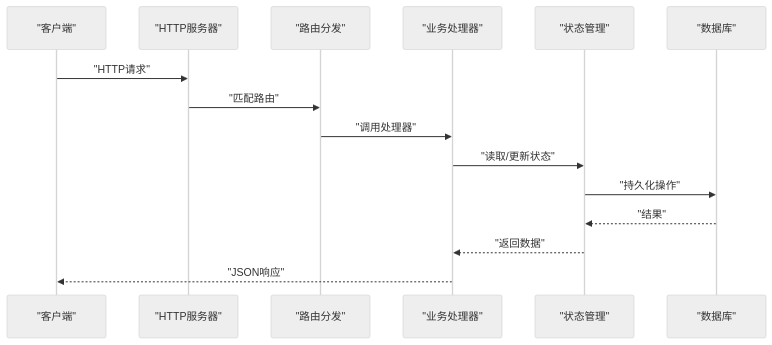
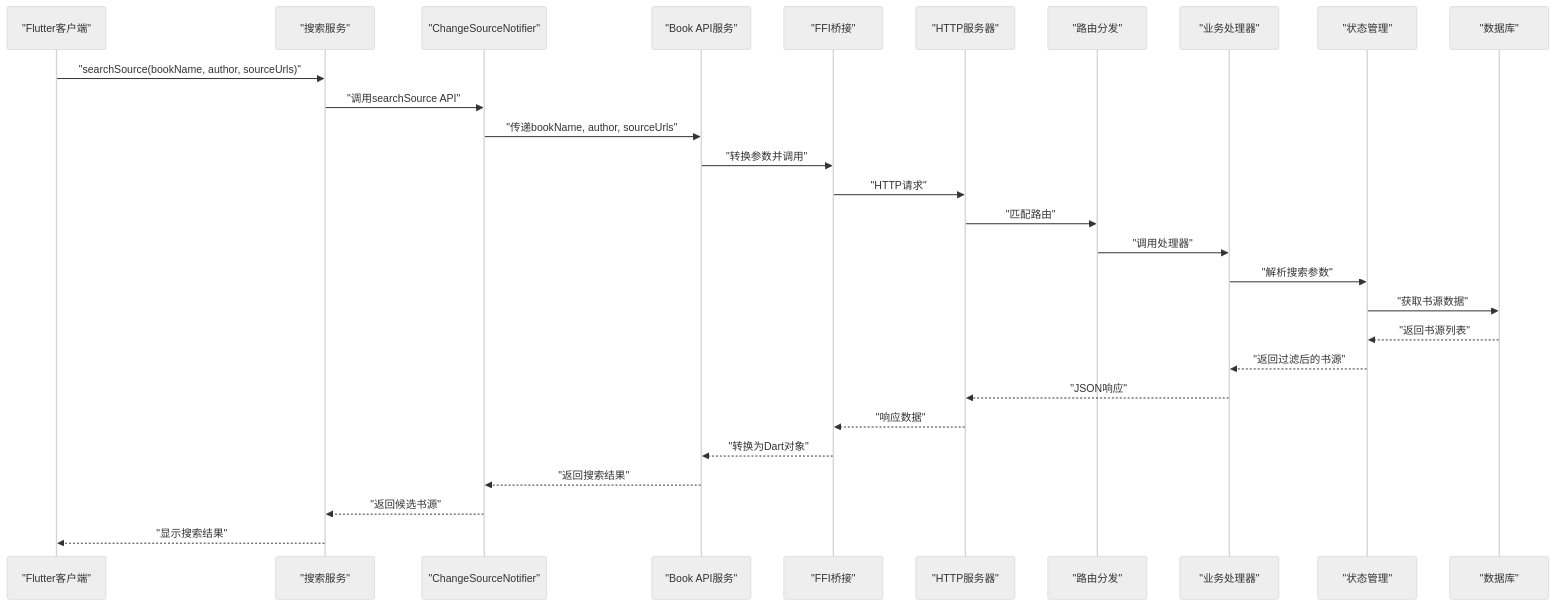
Before and after one commit to ZhangGHGitHub/LegadoTeamFlutter: the second of 17 diagrams in .qoder/repowiki/zh/content/API参考/API参考.md, drawn with Mermaid (neutral theme). The commit also changed other lines of this file and 173 other files, not shown here.

````diff
--- a/.qoder/repowiki/zh/content/API参考/API参考.md
+++ b/.qoder/repowiki/zh/content/API参考/API参考.md
@@ -130,17 +204,30 @@
 ```mermaid
 sequenceDiagram
-participant Client as "客户端"
+participant UI as "Flutter客户端"
+participant Search as "搜索服务"
+participant Notifier as "ChangeSourceNotifier"
+participant Service as "Book API服务"
+participant FFI as "FFI桥接"
 participant Server as "HTTP服务器"
 participant Router as "路由分发"
 participant Handler as "业务处理器"
 participant State as "状态管理"
 participant DB as "数据库"
-Client->>Server : "HTTP请求"
+UI->>Search : "searchSource(bookName, author, sourceUrls)"
+Search->>Notifier : "调用searchSource API"
+Notifier->>Service : "传递bookName, author, sourceUrls"
+Service->>FFI : "转换参数并调用"
+FFI->>Server : "HTTP请求"
 Server->>Router : "匹配路由"
 Router->>Handler : "调用处理器"
-Handler->>State : "读取/更新状态"
-State->>DB : "持久化操作"
-DB-->>State : "结果"
-State-->>Handler : "返回数据"
-Handler-->>Client : "JSON响应"
+Handler->>State : "解析搜索参数"
+State->>DB : "获取书源数据"
+DB-->>State : "返回书源列表"
+State-->>Handler : "返回过滤后的书源"
+Handler-->>Server : "JSON响应"
+Server-->>FFI : "响应数据"
+FFI-->>Service : "转换为Dart对象"
+Service-->>Notifier : "返回搜索结果"
+Notifier-->>Search : "返回候选书源"
+Search-->>UI : "显示搜索结果"
 ```
````
